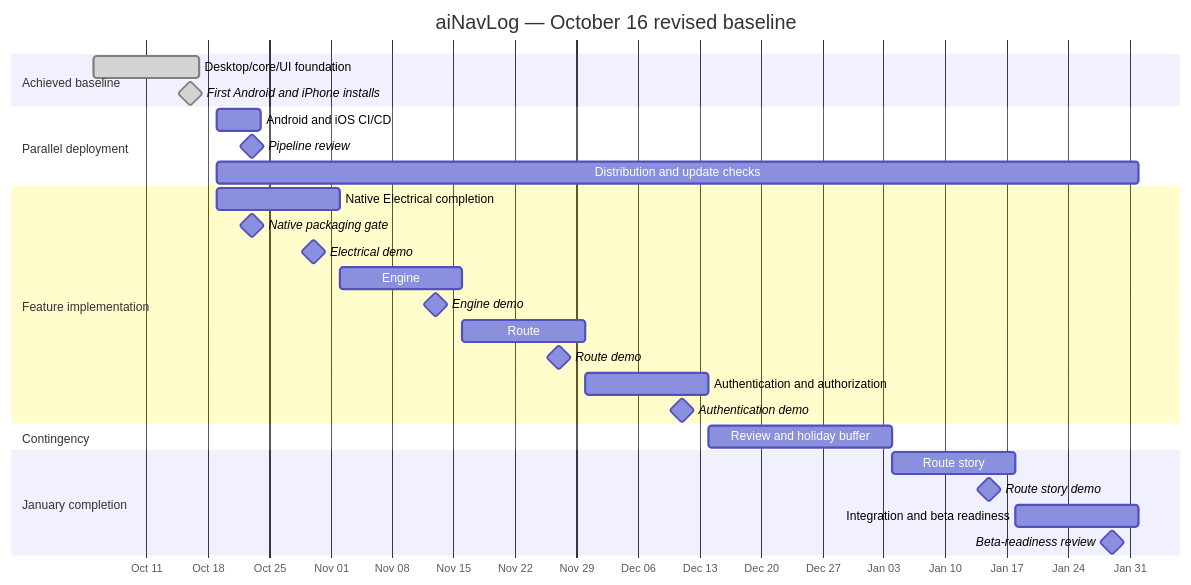
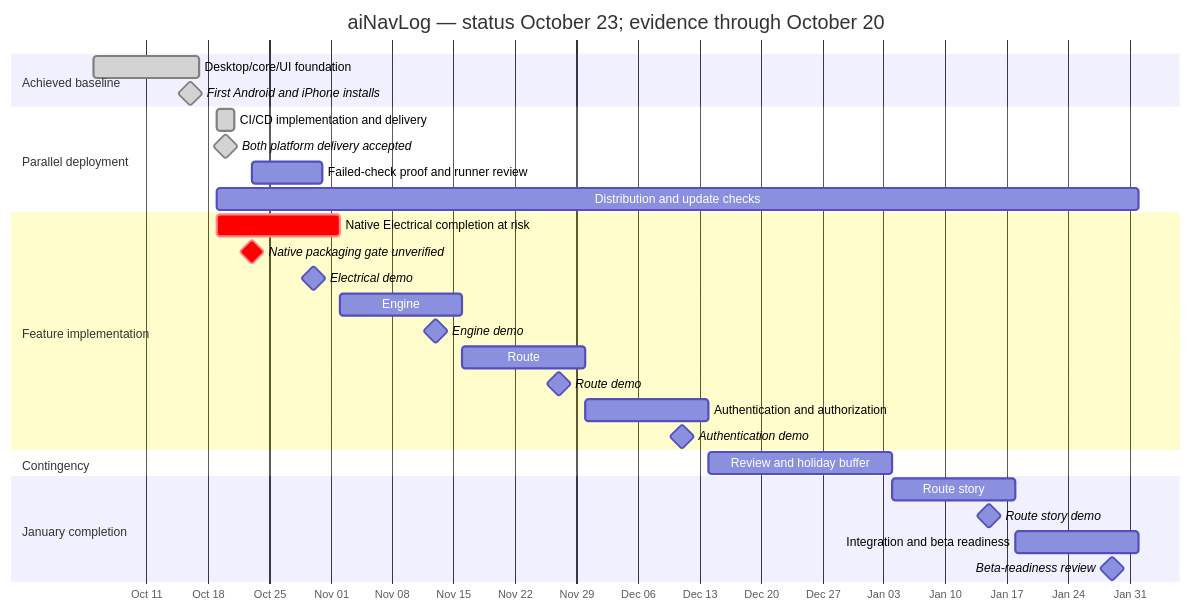
The first of 2 diagrams in docs/project-plan.md (amanlig/aiNavLog), drawn with Mermaid before and after one commit. The commit also changed other lines of this file and 6 other files, not shown here.

````diff
--- a/docs/project-plan.md
+++ b/docs/project-plan.md
@@ -30,31 +54,32 @@
 ```mermaid
 gantt
-    title aiNavLog — October 16 revised baseline
+    title aiNavLog — status October 23; evidence through October 20
     dateFormat YYYY-MM-DD
     axisFormat %b %d
     todayMarker off
     section Achieved baseline
     Desktop/core/UI foundation          :done, baseline, 2026-10-05, 2026-10-17
     First Android and iPhone installs    :milestone, done, installed, 2026-10-16, 0d
     section Parallel deployment
-    Android and iOS CI/CD                :cicd, 2026-10-19, 2026-10-24
-    Pipeline review                     :milestone, cicd_review, 2026-10-23, 0d
+    CI/CD implementation and delivery   :done, cicd, 2026-10-19, 2026-10-21
+    Both platform delivery accepted     :milestone, done, delivery_accepted, 2026-10-20, 0d
+    Failed-check proof and runner review :cicd_remaining, 2026-10-23, 2026-10-31
     Distribution and update checks      :delivery, 2026-10-19, 2027-02-01
     section Feature implementation
-    Native Electrical completion        :electrical, 2026-10-19, 2026-11-02
-    Native packaging gate               :milestone, native_gate, 2026-10-23, 0d
+    Native Electrical completion at risk :crit, electrical, 2026-10-19, 2026-11-02
+    Native packaging gate unverified    :milestone, crit, native_gate, 2026-10-23, 0d
     Electrical demo                     :milestone, electrical_demo, 2026-10-30, 0d
     Engine                              :engine, 2026-11-02, 2026-11-16
     Engine demo                         :milestone, engine_demo, 2026-11-13, 0d
     Route                               :route, 2026-11-16, 2026-11-30
     Route demo                          :milestone, route_demo, 2026-11-27, 0d
     Authentication and authorization    :auth, 2026-11-30, 2026-12-14
     Authentication demo                 :milestone, auth_demo, 2026-12-11, 0d
     section Contingency
     Review and holiday buffer           :buffer, 2026-12-14, 2027-01-04
     section January completion
     Route story                         :story, 2027-01-04, 2027-01-18
     Route story demo                    :milestone, story_demo, 2027-01-15, 0d
     Integration and beta readiness      :readiness, 2027-01-18, 2027-02-01
     Beta-readiness review               :milestone, readiness_review, 2027-01-29, 0d
 ```
````
